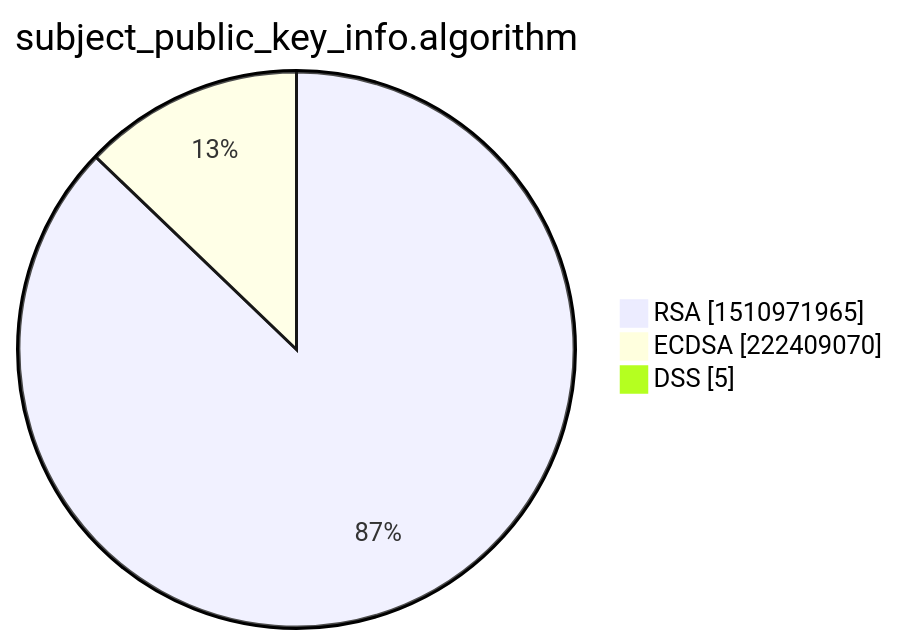
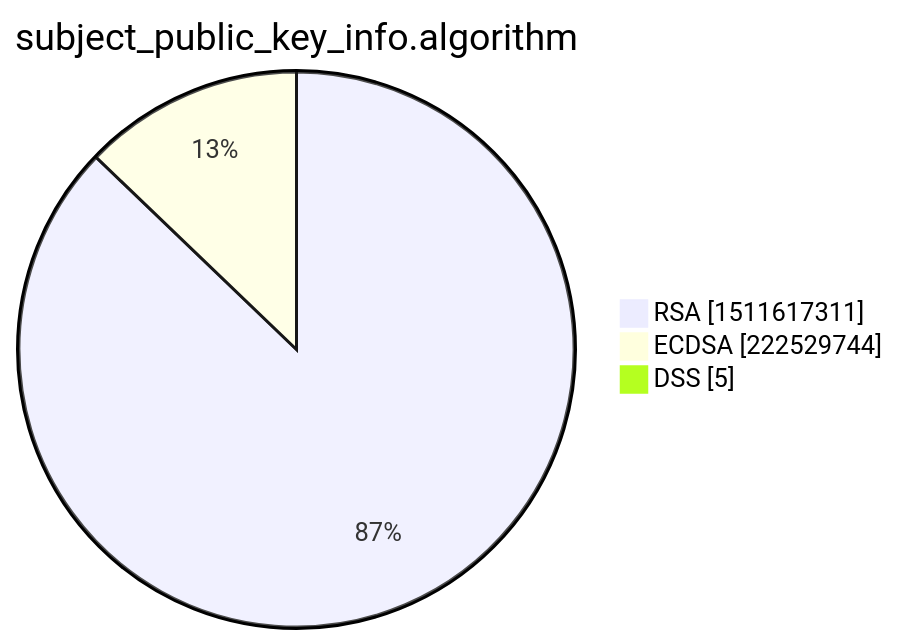
Before and after one commit to christiankrug/ctmonitor_visualization: the third of 15 diagrams in xenon2022/README.md, drawn with Mermaid. The commit also changed other lines of this file, not shown here.

````diff
--- a/xenon2022/README.md
+++ b/xenon2022/README.md
@@ -14,7 +14,7 @@
 ```mermaid
 pie showData
 title subject_public_key_info.algorithm
-"RSA" :1510971965
-"ECDSA" :222409070
+"RSA" :1511617311
+"ECDSA" :222529744
 "DSS" :5
 ```
````
